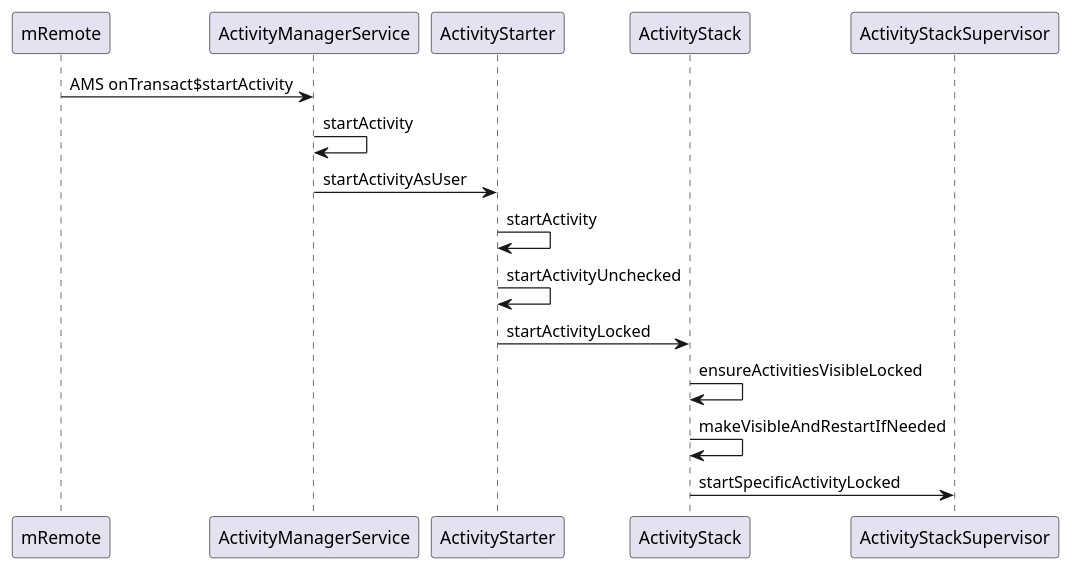
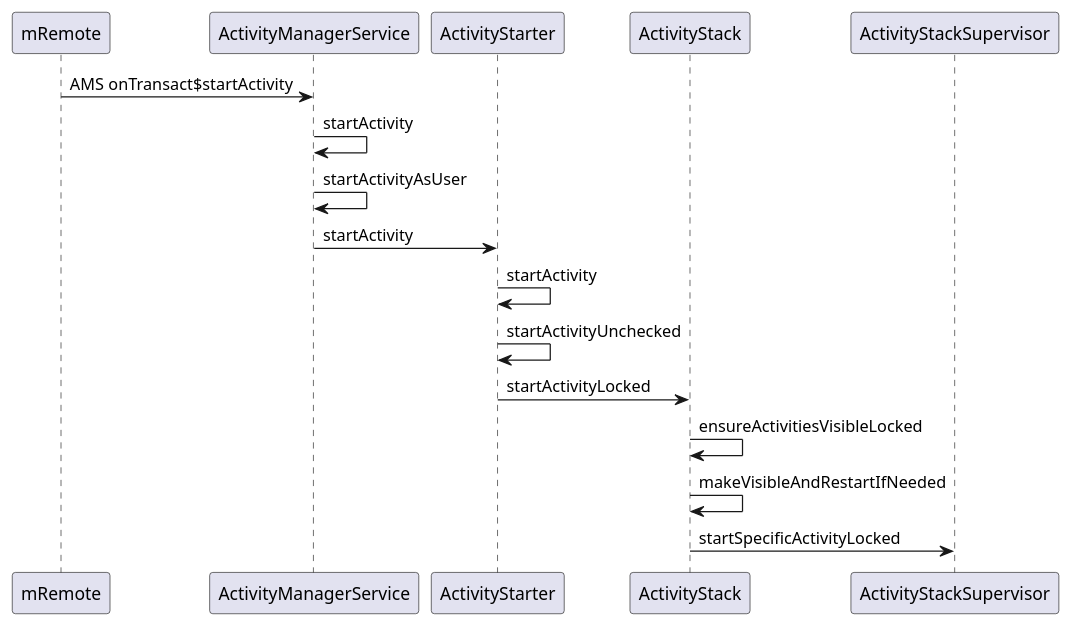
Before and after one commit to KentTJ/ImoocRxJavaStudy: the diagram in docs/startActivity_server_02.puml, drawn with PlantUML.

Commit message:
修订 Activity 的启动流程流程图。

```diff
--- a/docs/startActivity_server_02.puml
+++ b/docs/startActivity_server_02.puml
@@ -1,25 +1,22 @@
 @startuml
 /'Alice -> Bob: Authentication Request
 Bob --> Alice: Authentication Response
 
 Alice -> Bob: Another authentication Request
 Alice <-- Bob: another authentication Response'/
 
 /'ActivityManagerService extends IActivityManager.Stub
    so  IActivityManager.Stub == ActivityManagerService
 '/
 mRemote -> ActivityManagerService:AMS onTransact$startActivity
 ActivityManagerService -> ActivityManagerService:startActivity
-ActivityManagerService -> ActivityStarter: startActivityAsUser
+ActivityManagerService -> ActivityManagerService: startActivityAsUser
+ActivityManagerService -> ActivityStarter: startActivity
 ActivityStarter -> ActivityStarter: startActivity
 ActivityStarter -> ActivityStarter: startActivityUnchecked
 ActivityStarter -> ActivityStack: startActivityLocked
 ActivityStack -> ActivityStack: ensureActivitiesVisibleLocked
 ActivityStack -> ActivityStack: makeVisibleAndRestartIfNeeded
 
 ActivityStack->ActivityStackSupervisor:startSpecificActivityLocked
-
-
-
-
 @enduml
```
